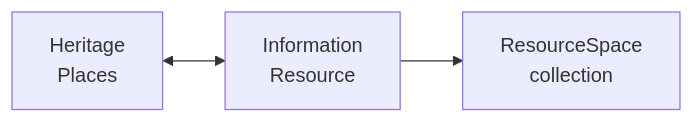
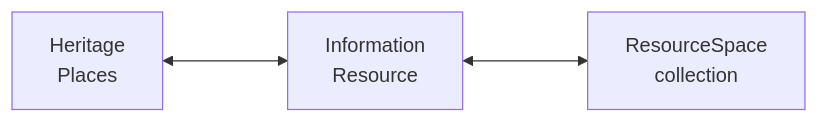
Before and after one commit to eamena-project/eamena-arches-dev: the second of 2 diagrams in talks/2024-chma/index.qmd, drawn with Mermaid. The commit also changed other lines of this file and 3 other files, not shown here.

````diff
--- a/talks/2024-chma/index.qmd
+++ b/talks/2024-chma/index.qmd
@@ -749,9 +814,9 @@
 ```{mermaid}
 flowchart LR
-  id1[Heritage<br>Places] <--> id2[Information<br>Resource];
-  id2 --> id3[ResourceSpace<br>collection];
+  id1[Heritage<br>Places] <---> id2[Information<br>Resource];
+  id2 <---> id3[ResourceSpace<br>collection];
   
   click id1 "https://database.eamena.org/search?paging-filter=1&tiles=true&format=tilecsv&reportlink=false&precision=6&total=383724&language=*&term-filter=%5B%7B%22context%22%3A%22%22%2C%22context_label%22%3A%22Heritage%20Place%20-%20Resource%20Name%22%2C%22id%22%3A2%2C%22text%22%3A%22DAL0%22%2C%22type%22%3A%22term%22%2C%22value%22%3A%22DAL0%22%2C%22inverted%22%3Afalse%7D%5D" _blank
   click id2 "https://database.eamena.org/report/cd4584b3-27c7-42da-a37d-88ae2278e012" _blank
   click id3 "https://cityofthedead.arch.ox.ac.uk/pages/search.php?search=%21collection114" _blank
 ```
````
